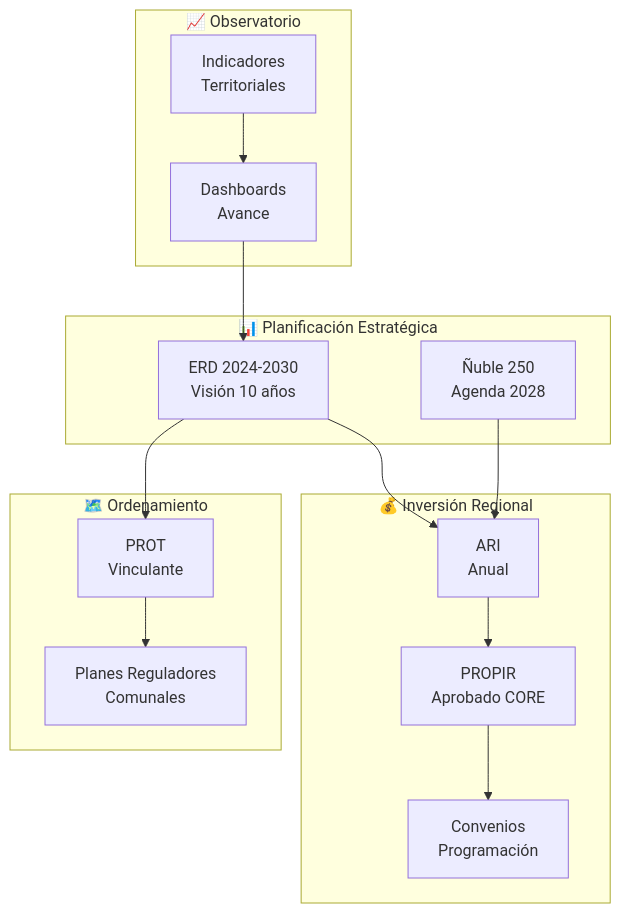
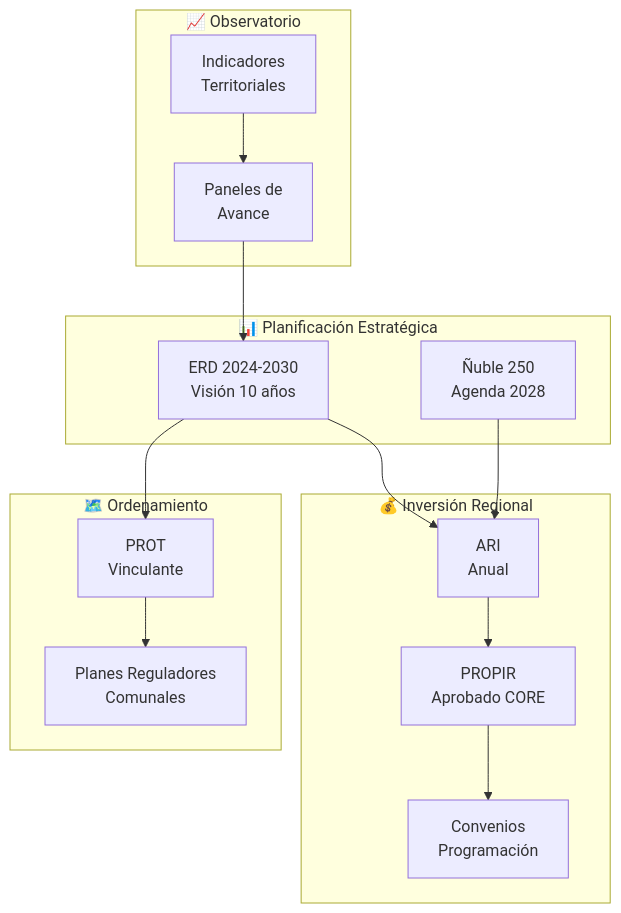
The first of 10 diagrams in docs/blueprint/domains/domain_d-plan.md (felix-antonio-sl/gore_os), drawn with Mermaid before and after one commit. The commit also changed other lines of this file and 13 other files, not shown here.

````diff
--- a/docs/blueprint/domains/domain_d-plan.md
+++ b/docs/blueprint/domains/domain_d-plan.md
@@ -42,32 +42,32 @@
 ```mermaid
 flowchart TB
     subgraph ESTRATEGICO["📊 Planificación Estratégica"]
         ERD["ERD 2024-2030<br/>Visión 10 años"]
         N250["Ñuble 250<br/>Agenda 2028"]
     end
 
     subgraph TERRITORIAL["🗺️ Ordenamiento"]
         PROT["PROT<br/>Vinculante"]
         PRC["Planes Reguladores<br/>Comunales"]
     end
 
     subgraph INVERSION["💰 Inversión Regional"]
         ARI["ARI<br/>Anual"]
         PROPIR["PROPIR<br/>Aprobado CORE"]
         CDP["Convenios<br/>Programación"]
     end
 
     subgraph OBSERVATORIO["📈 Observatorio"]
         IND["Indicadores<br/>Territoriales"]
-        DASH["Dashboards<br/>Avance"]
+        DASH["Paneles de<br/>Avance"]
     end
 
     ERD --> PROT
     ERD --> ARI
     N250 --> ARI
     PROT --> PRC
     ARI --> PROPIR
     PROPIR --> CDP
     IND --> DASH
     DASH --> ERD
 ```
````
